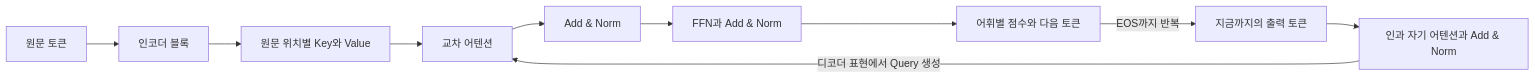
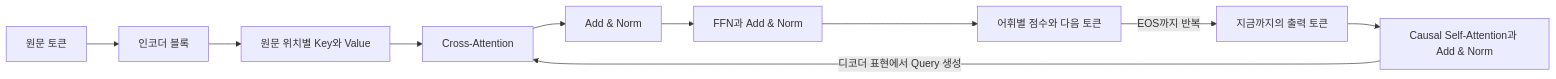
Before and after one commit to jaemin-devlog/AI-Study: the diagram in topics/nlp/18-Transformer-블록과-인코더-디코더.md, drawn with Mermaid. The commit also changed other lines of this file and 8 other files, not shown here.

````diff
--- a/topics/nlp/18-Transformer-블록과-인코더-디코더.md
+++ b/topics/nlp/18-Transformer-블록과-인코더-디코더.md
@@ -91,11 +93,11 @@
 ```mermaid
 flowchart LR
     S["원문 토큰"] --> E["인코더 블록"] --> K["원문 위치별 Key와 Value"]
-    T["지금까지의 출력 토큰"] --> Q["인과 자기 어텐션과 Add & Norm"]
-    Q -->|"디코더 표현에서 Query 생성"| C["교차 어텐션"]
+    T["지금까지의 출력 토큰"] --> Q["Causal Self-Attention과 Add & Norm"]
+    Q -->|"디코더 표현에서 Query 생성"| C["Cross-Attention"]
     K --> C
     C --> N["Add & Norm"]
     N --> F["FFN과 Add & Norm"]
     F --> P["어휘별 점수와 다음 토큰"]
     P -->|"EOS까지 반복"| T
 ```
````
